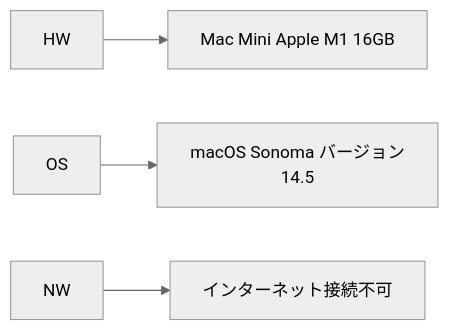
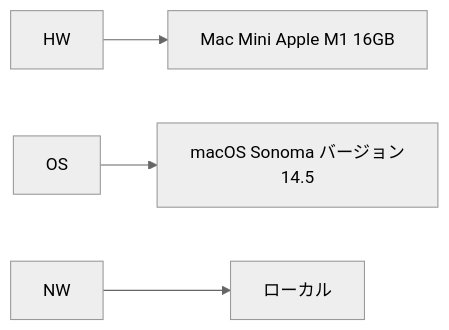
Before and after one commit to SparklingDetergent/doc_genai_Using_Generative_AI_with_Mac_Mini_M1_-Server_Setup-: the second of 9 diagrams in README.md, drawn with Mermaid (neutral theme). The commit also changed other lines of this file, not shown here.

````diff
--- a/README.md
+++ b/README.md
@@ -82,6 +82,6 @@
 ```mermaid
 graph LR
     A[HW] --> B[Mac Mini Apple M1 16GB]
     C[OS] --> D[macOS Sonoma バージョン14.5]
-    E[NW] --> F[インターネット接続不可]
+    E[NW] --> F[ローカル]
 ```
````
